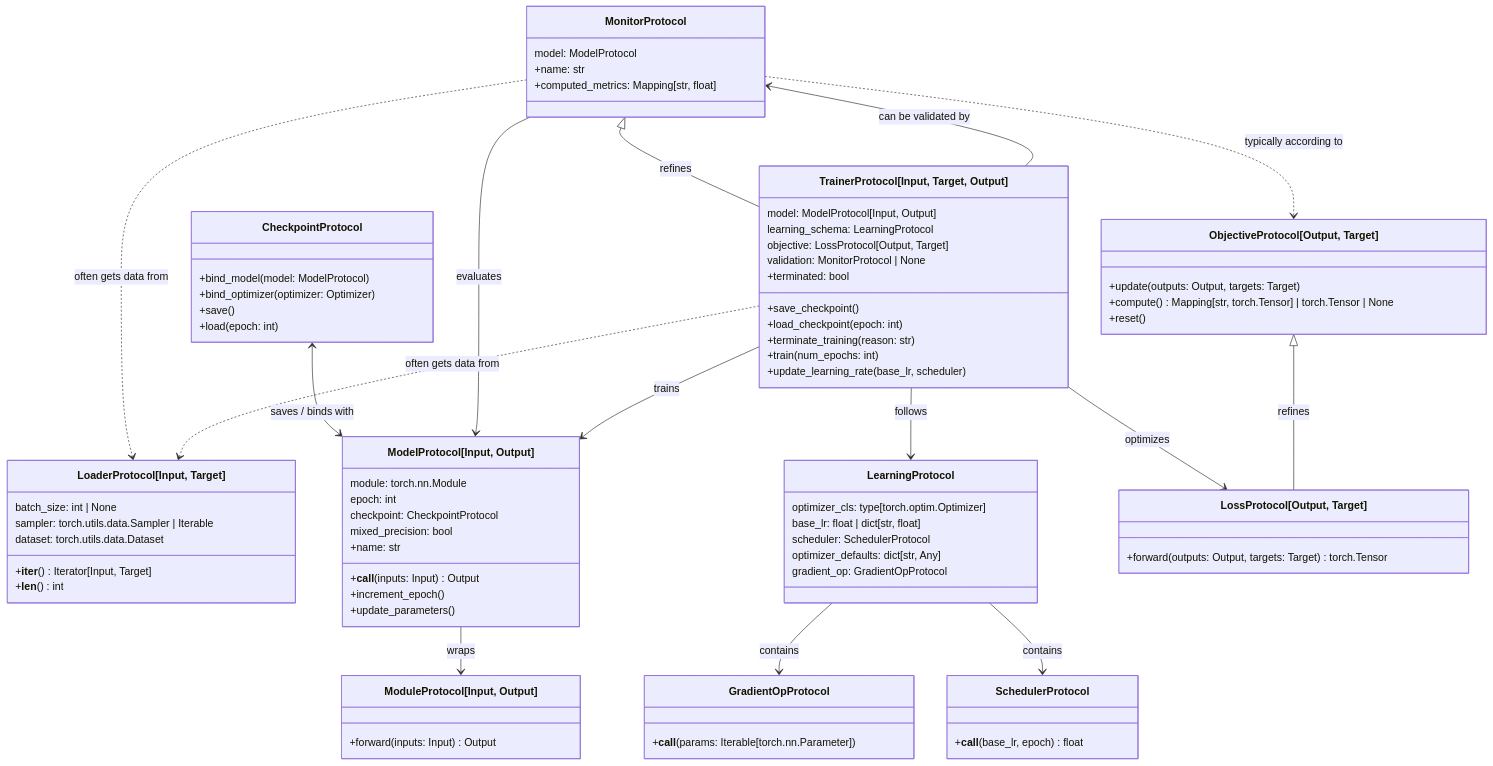
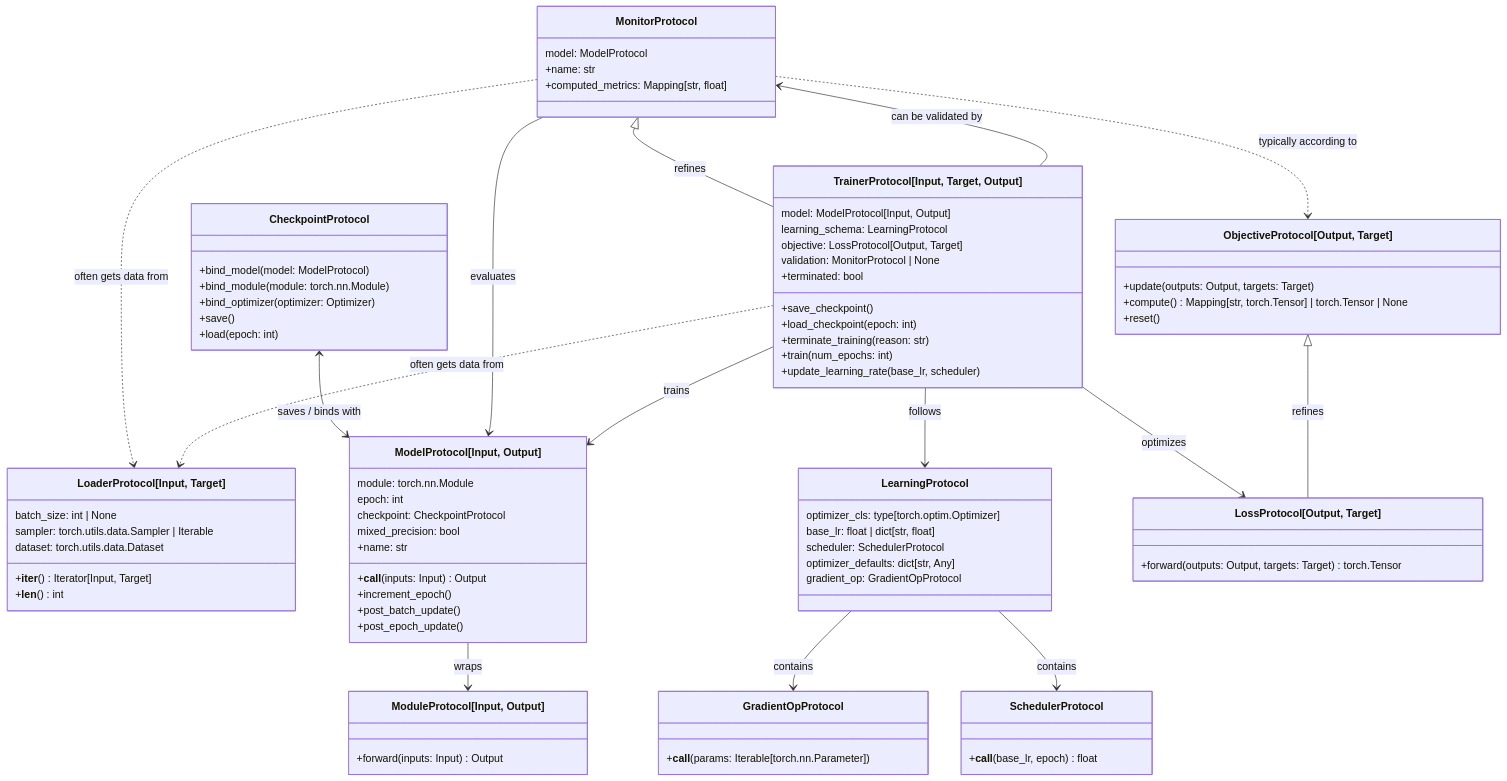
One commit to nverchev/drytorch changed the diagram in docs/architecture.md. Above: the diagram before and after it, drawn with Mermaid. The commit also changed 38 other files, not shown here.

```diff
--- a/docs/architecture.md
+++ b/docs/architecture.md
@@ -45,11 +45,13 @@
         +name: str
         +__call__(inputs: Input) Output
         +increment_epoch()
-        +update_parameters()
+        +post_batch_update()
+        +post_epoch_update()
     }
 
     class CheckpointProtocol {
         +bind_model(model: ModelProtocol)
+        +bind_module(module: torch.nn.Module)
         +bind_optimizer(optimizer: Optimizer)
         +save()
         +load(epoch: int)
```
